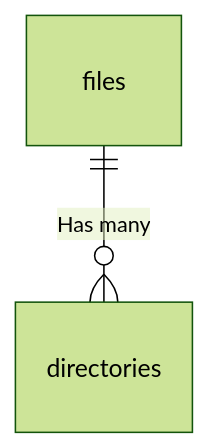
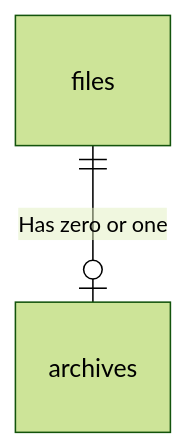
One commit to hawks-atlanta/docs changed the fourth of 4 diagrams in Database.md. Above: the diagram before and after it, drawn with Mermaid (forest theme). The commit also changed other lines of this file, not shown here.

First line of the commit message:
docs(database): Update metadata "ER" diagram

````diff
--- a/Database.md
+++ b/Database.md
@@ -98,4 +95,4 @@
 ```mermaid
 erDiagram
-	files     ||--o{ directories: "Has many"
+	files ||--o| archives: "Has zero or one"
 ```
````
